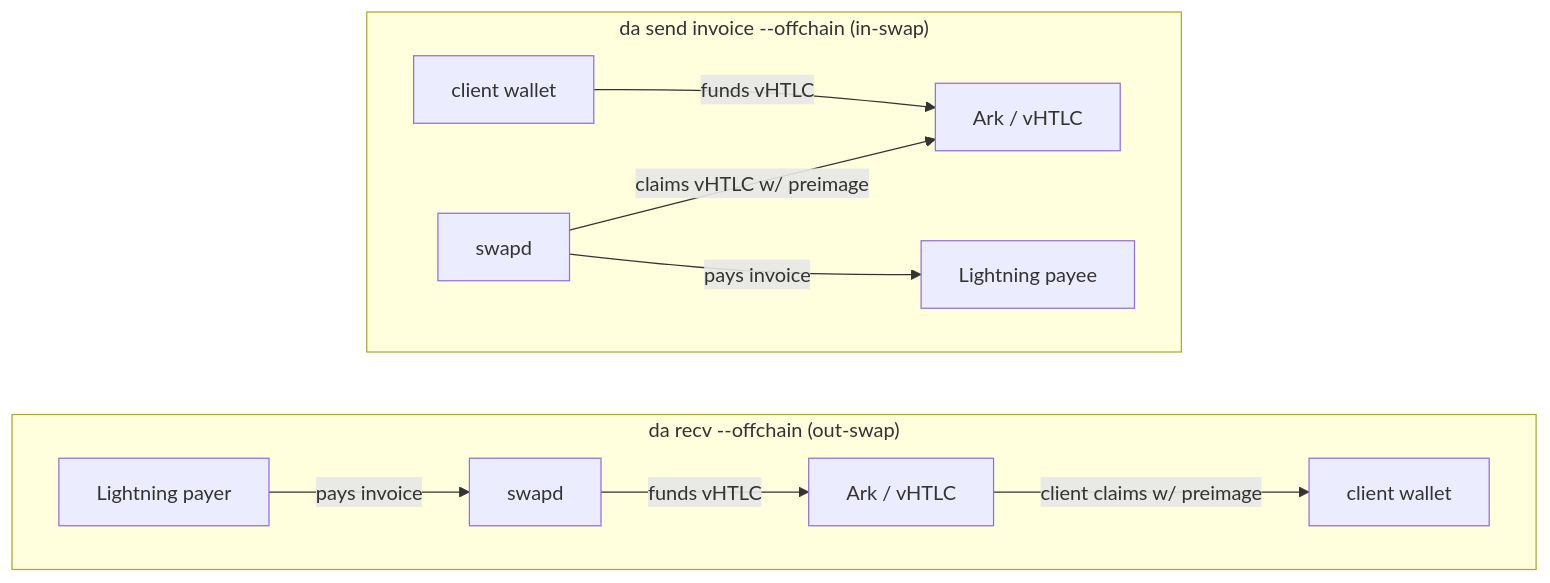
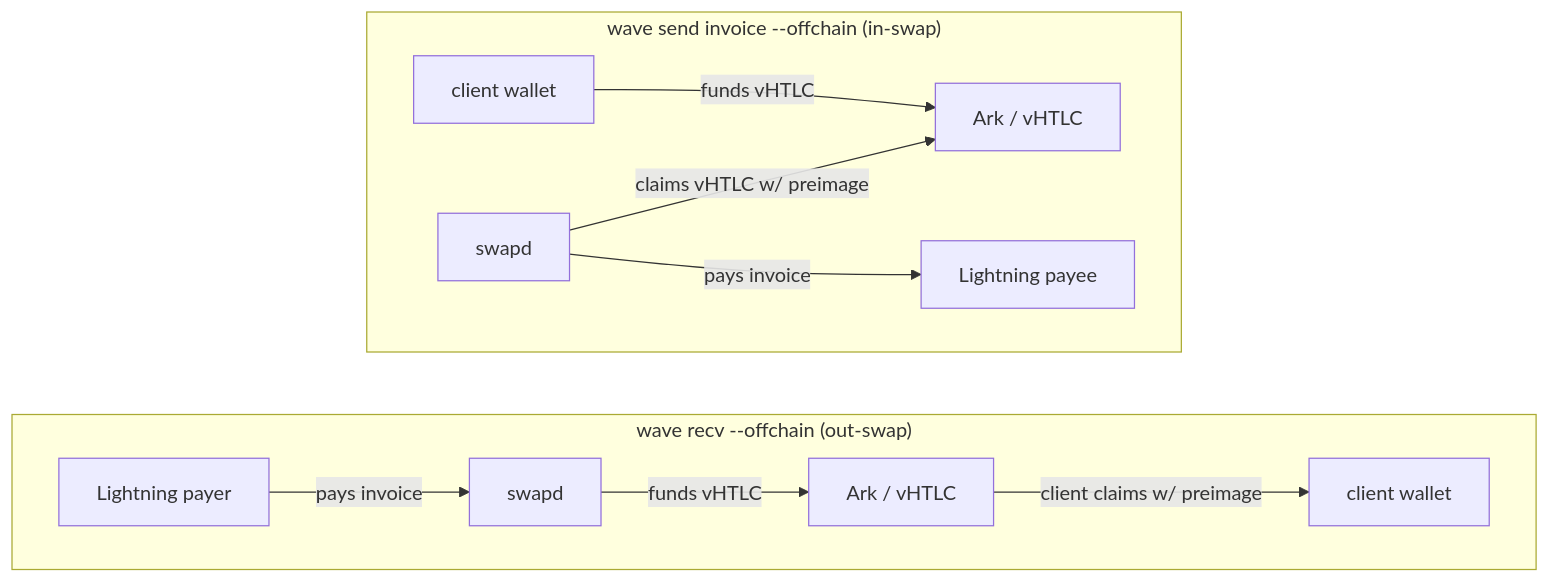
One commit to lightninglabs/wavelength changed the first of 6 diagrams in docs/swap_system.md. Above: the diagram before and after it, drawn with Mermaid. The commit also changed other lines of this file and 4 other files, not shown here.

````diff
--- a/docs/swap_system.md
+++ b/docs/swap_system.md
@@ -114,15 +114,15 @@
 ```mermaid
 flowchart LR
-    subgraph Receive["da recv --offchain  (out-swap)"]
+    subgraph Receive["wave recv --offchain  (out-swap)"]
         direction LR
         LN1["Lightning payer"] -->|pays invoice| SWAPD1["swapd"]
         SWAPD1 -->|funds vHTLC| ARK1["Ark / vHTLC"]
         ARK1 -->|client claims w/ preimage| ME1["client wallet"]
     end
-    subgraph Pay["da send invoice --offchain  (in-swap)"]
+    subgraph Pay["wave send invoice --offchain  (in-swap)"]
         direction LR
         ME2["client wallet"] -->|funds vHTLC| ARK2["Ark / vHTLC"]
         SWAPD2["swapd"] -->|claims vHTLC w/ preimage| ARK2
         SWAPD2 -->|pays invoice| LN2["Lightning payee"]
     end
 ```
````
